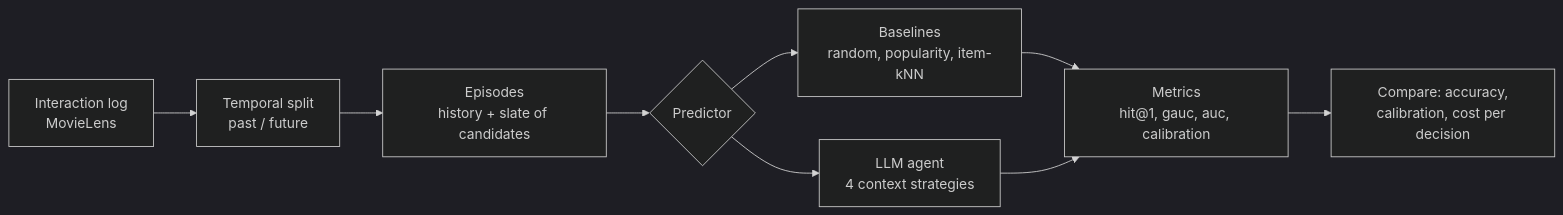
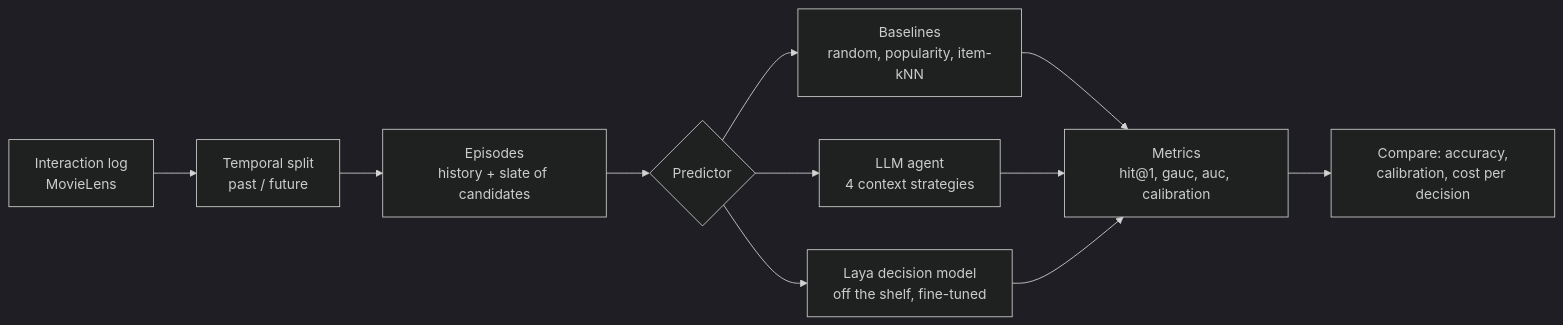
One commit to pakhapoom/user-simulation changed the diagram in README.md. Above: the diagram before and after it, drawn with Mermaid (dark theme). The commit also changed other lines of this file and 7 other files, not shown here.

First line of the commit message:
docs: add fine-tuned Laya results to the report and README

````diff
--- a/README.md
+++ b/README.md
@@ -43,11 +54,13 @@
 ```mermaid
 flowchart LR
     A["Interaction log<br/>MovieLens"] --> B["Temporal split<br/>past / future"]
     B --> C["Episodes<br/>history + slate of candidates"]
     C --> D{"Predictor"}
     D --> D1["Baselines<br/>random, popularity, item-kNN"]
     D --> D2["LLM agent<br/>4 context strategies"]
+    D --> D3["Laya decision model<br/>off the shelf, fine-tuned"]
     D1 --> E["Metrics<br/>hit@1, gauc, auc, calibration"]
     D2 --> E
+    D3 --> E
     E --> F["Compare: accuracy,<br/>calibration, cost per decision"]
 ```
````
